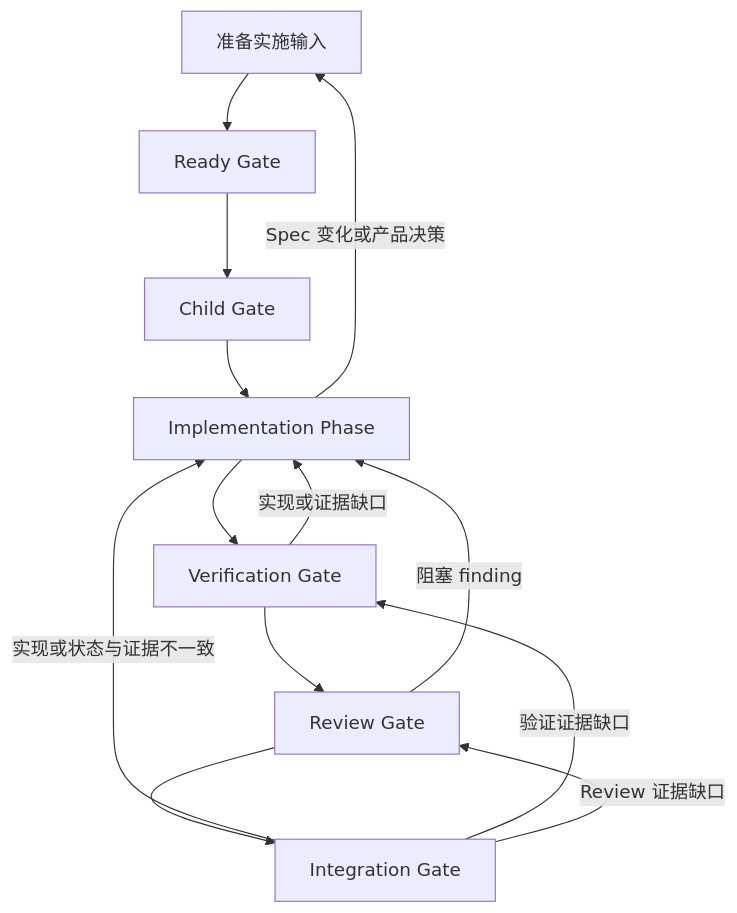
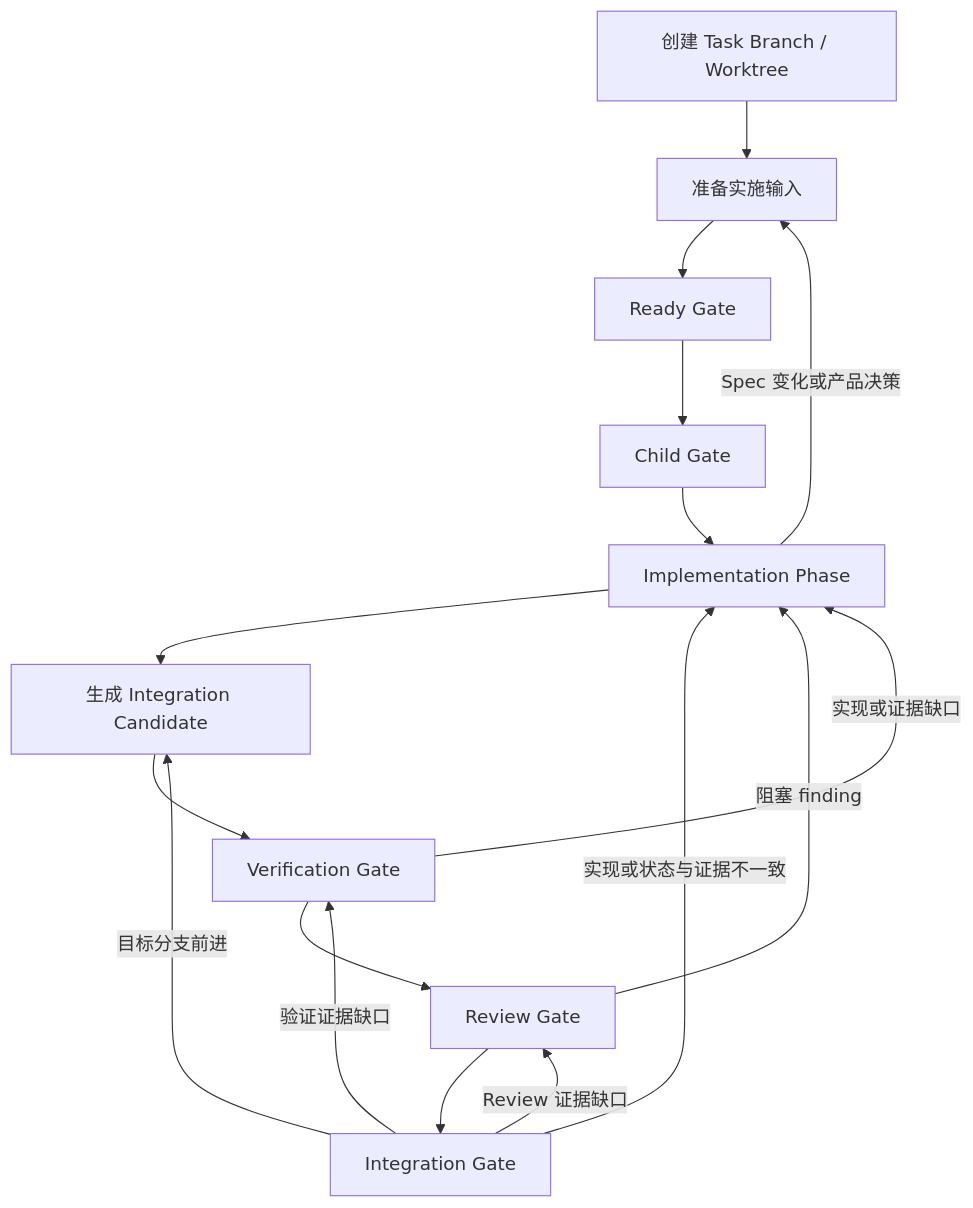
One commit to hanjeahwan/chatgpt-pro changed the diagram in WORKFLOW.md. Above: the diagram before and after it, drawn with Mermaid. The commit also changed other lines of this file and 6 other files, not shown here.

Commit message:
♻️ (workflow): isolate the full spec task lifecycle

````diff
--- a/WORKFLOW.md
+++ b/WORKFLOW.md
@@ -5,15 +5,18 @@
 ```mermaid
 flowchart TD
-    A["准备实施输入"] --> B["Ready Gate"]
-    B --> C["Child Gate"]
-    C --> D["Implementation Phase"]
-    D --> E["Verification Gate"]
-    E --> F["Review Gate"]
-    F --> G["Integration Gate"]
-    D -- "Spec 变化或产品决策" --> A
-    E -- "实现或证据缺口" --> D
-    F -- "阻塞 finding" --> D
-    G -- "实现或状态与证据不一致" --> D
-    G -- "验证证据缺口" --> E
-    G -- "Review 证据缺口" --> F
+    A["创建 Task Branch / Worktree"] --> B["准备实施输入"]
+    B --> C["Ready Gate"]
+    C --> D["Child Gate"]
+    D --> E["Implementation Phase"]
+    E --> F["生成 Integration Candidate"]
+    F --> G["Verification Gate"]
+    G --> H["Review Gate"]
+    H --> I["Integration Gate"]
+    E -- "Spec 变化或产品决策" --> B
+    G -- "实现或证据缺口" --> E
+    H -- "阻塞 finding" --> E
+    I -- "目标分支前进" --> F
+    I -- "实现或状态与证据不一致" --> E
+    I -- "验证证据缺口" --> G
+    I -- "Review 证据缺口" --> H
 ```
````
